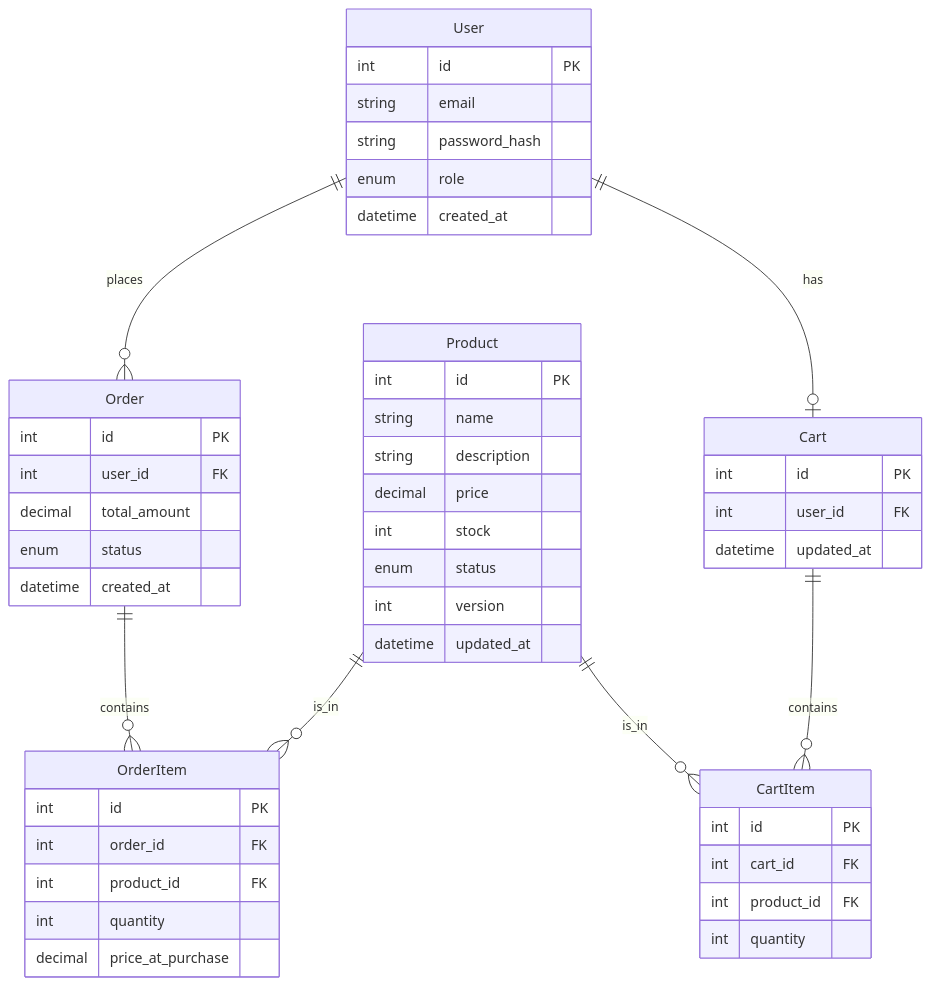
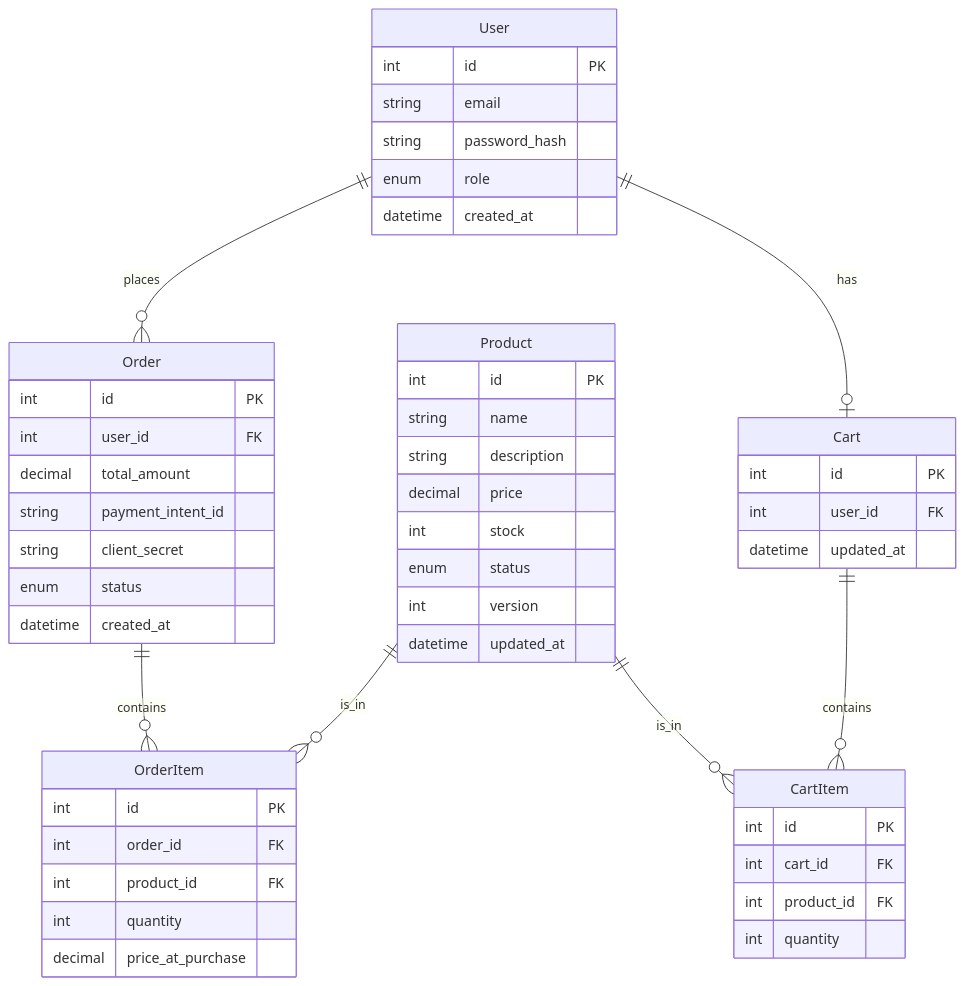
One commit to zsnahid/mini-ecommerce-api changed the diagram in README.md. Above: the diagram before and after it, drawn with Mermaid. The commit also changed other lines of this file and 13 other files, not shown here.

````diff
--- a/README.md
+++ b/README.md
@@ -64,57 +64,59 @@
 ```mermaid
 erDiagram
     User ||--o{ Order : places
     User ||--o| Cart : has
     Product ||--o{ CartItem : is_in
     Cart ||--o{ CartItem : contains
     Order ||--o{ OrderItem : contains
     Product ||--o{ OrderItem : is_in
 
     User {
         int id PK
         string email
         string password_hash
         enum role
         datetime created_at
     }
 
     Product {
         int id PK
         string name
         string description
         decimal price
         int stock
         enum status
         int version
         datetime updated_at
     }
 
     Cart {
         int id PK
         int user_id FK
         datetime updated_at
     }
 
     CartItem {
         int id PK
         int cart_id FK
         int product_id FK
         int quantity
     }
 
     Order {
         int id PK
         int user_id FK
         decimal total_amount
+        string payment_intent_id
+        string client_secret
         enum status
         datetime created_at
     }
 
     OrderItem {
         int id PK
         int order_id FK
         int product_id FK
         int quantity
         decimal price_at_purchase
     }
 ```
````
